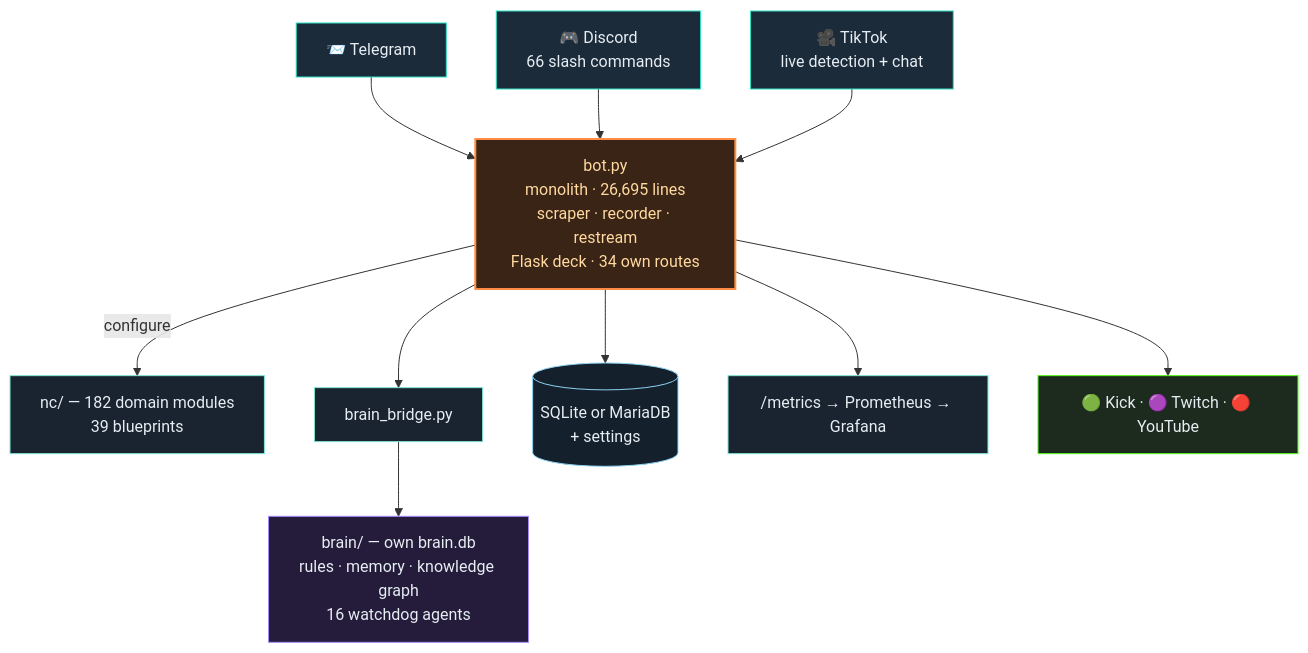
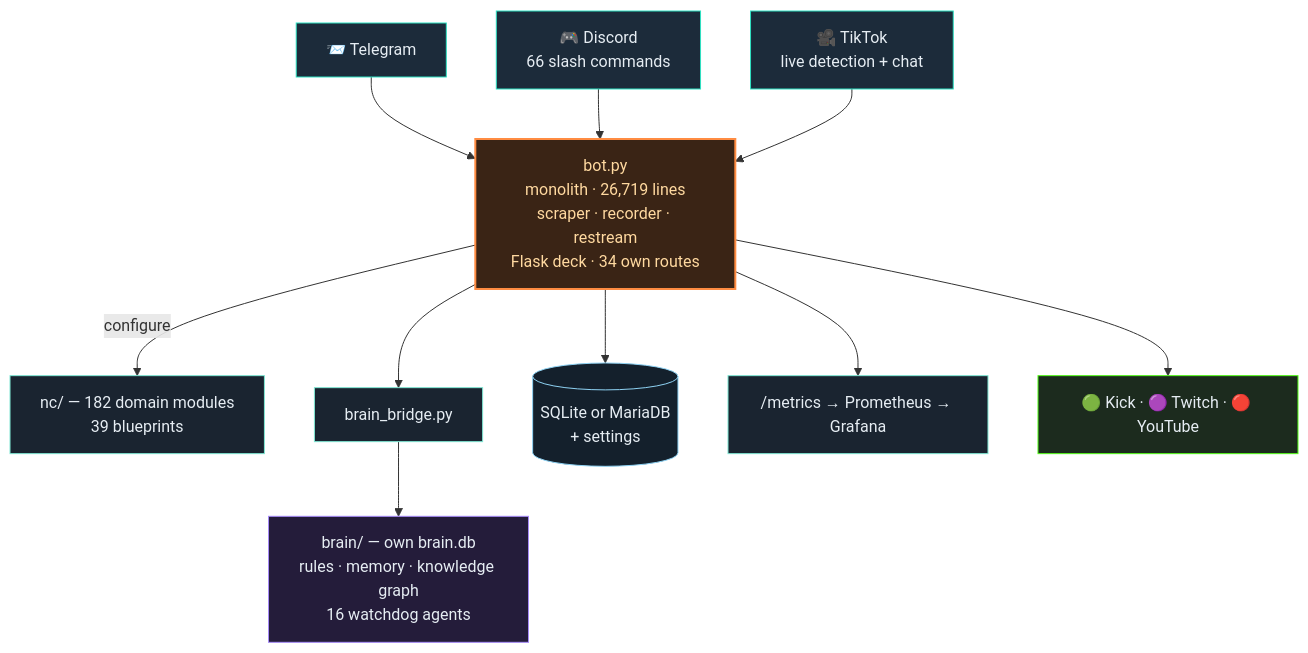
The second of 3 diagrams in README.en.md (itsamemedev/Telegram-Stream-Info-Bot), drawn with Mermaid before and after one commit. The commit also changed other lines of this file and 7 other files, not shown here.

````diff
--- a/README.en.md
+++ b/README.en.md
@@ -119,19 +119,19 @@
 ```mermaid
 flowchart TB
     TG["📨 Telegram"]:::ein --> BOT
     DC["🎮 Discord<br/>66 slash commands"]:::ein --> BOT
     TT["🎥 TikTok<br/>live detection + chat"]:::ein --> BOT
-    BOT["bot.py<br/>monolith · 26,695 lines<br/>scraper · recorder · restream<br/>Flask deck · 34 own routes"]:::core
+    BOT["bot.py<br/>monolith · 26,719 lines<br/>scraper · recorder · restream<br/>Flask deck · 34 own routes"]:::core
     BOT -->|configure| NC["nc/ — 182 domain modules<br/>39 blueprints"]:::lib
     BOT --> BR["brain_bridge.py"]:::lib
     BR --> BRAIN["brain/ — own brain.db<br/>rules · memory · knowledge graph<br/>16 watchdog agents"]:::brain
     BOT --> DB[("SQLite or MariaDB<br/>+ settings")]:::db
     BOT --> PROM["/metrics → Prometheus → Grafana"]:::lib
     BOT --> OUT["🟢 Kick · 🟣 Twitch · 🔴 YouTube"]:::out
     classDef ein fill:#1c2b3a,stroke:#2de1c2,color:#e6edf3
     classDef core fill:#3a2415,stroke:#ff8c42,stroke-width:2px,color:#ffd9a0
     classDef lib fill:#1a2430,stroke:#7fe7d4,color:#e6edf3
     classDef brain fill:#241c3a,stroke:#a78bfa,color:#e6edf3
     classDef db fill:#14202c,stroke:#8fd3f4,color:#e6edf3
     classDef out fill:#1c2b1e,stroke:#53fc18,color:#e6edf3
 ```
````
